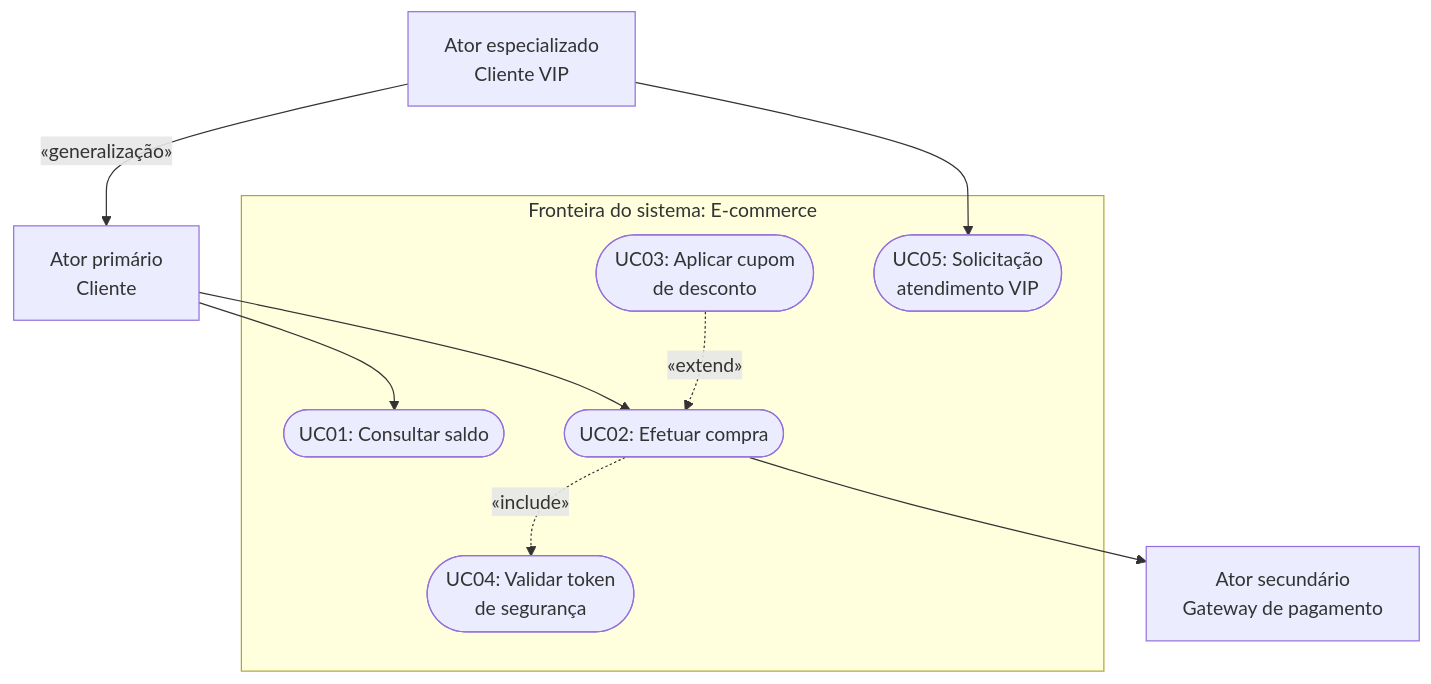
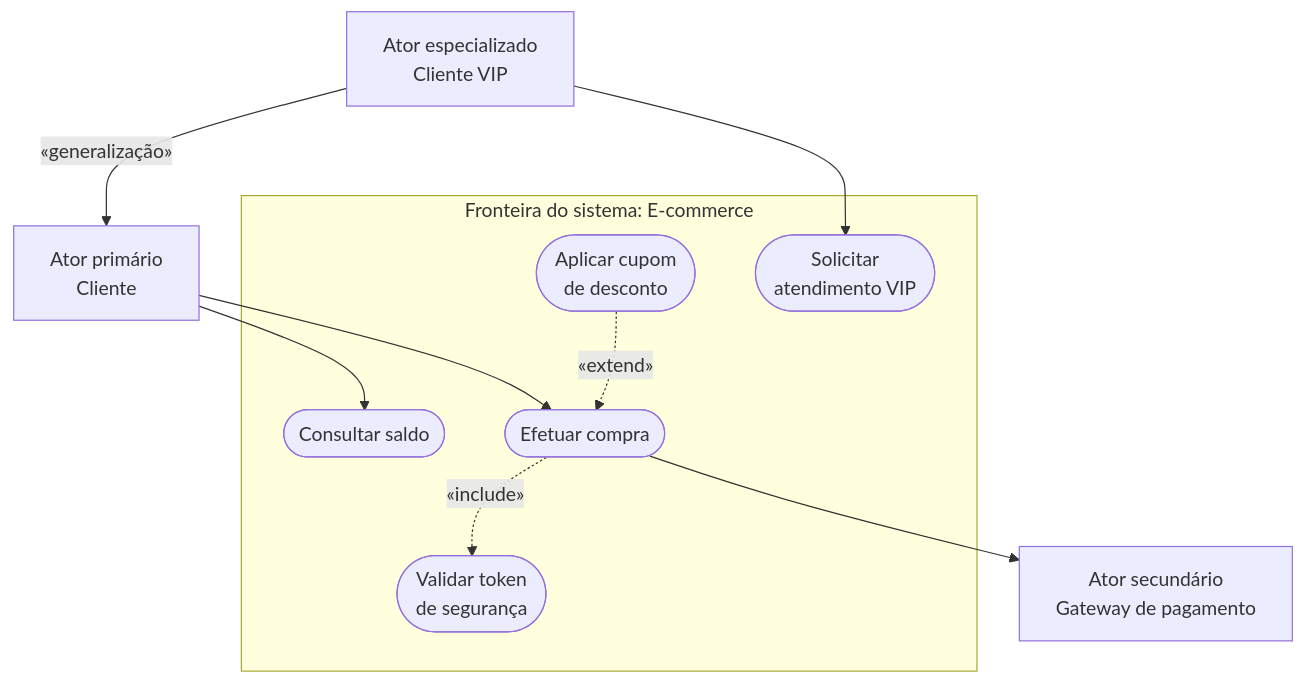
The second of 9 diagrams in 07. Engenharia de Requisitos/08. Modelagem de requisitos com casos de uso e especificações textuais.md (leorruas/puc), drawn with Mermaid before and after one commit. The commit also changed other lines of this file, not shown here.

Commit message:
Normaliza Mermaid de casos de uso

````diff
--- a/07. Engenharia de Requisitos/08. Modelagem de requisitos com casos de uso e especificações textuais.md
+++ b/07. Engenharia de Requisitos/08. Modelagem de requisitos com casos de uso e especificações textuais.md
@@ -80,22 +80,22 @@
 ```mermaid
 flowchart TD
     Cliente["Ator primário<br>Cliente"]:::external
     ClienteVIP["Ator especializado<br>Cliente VIP"]:::external
     Gateway["Ator secundário<br>Gateway de pagamento"]:::external
 
     subgraph Sistema["Fronteira do sistema: E-commerce"]
-        UC01(["UC01: Consultar saldo"]):::component
-        UC02(["UC02: Efetuar compra"]):::core
-        UC03(["UC03: Aplicar cupom<br>de desconto"]):::component
-        UC04(["UC04: Validar token<br>de segurança"]):::component
-        UC05(["UC05: Solicitação<br>atendimento VIP"]):::component
+        UC01(["Consultar saldo"]):::component
+        UC02(["Efetuar compra"]):::core
+        UC03(["Aplicar cupom<br>de desconto"]):::component
+        UC04(["Validar token<br>de segurança"]):::component
+        UC05(["Solicitar<br>atendimento VIP"]):::component
     end
 
     ClienteVIP -->|"«generalização»"| Cliente
     Cliente --> UC01
     Cliente --> UC02
     ClienteVIP --> UC05
     UC02 --> Gateway
     UC03 -.->|"«extend»"| UC02
     UC02 -.->|"«include»"| UC04
 ```
````
